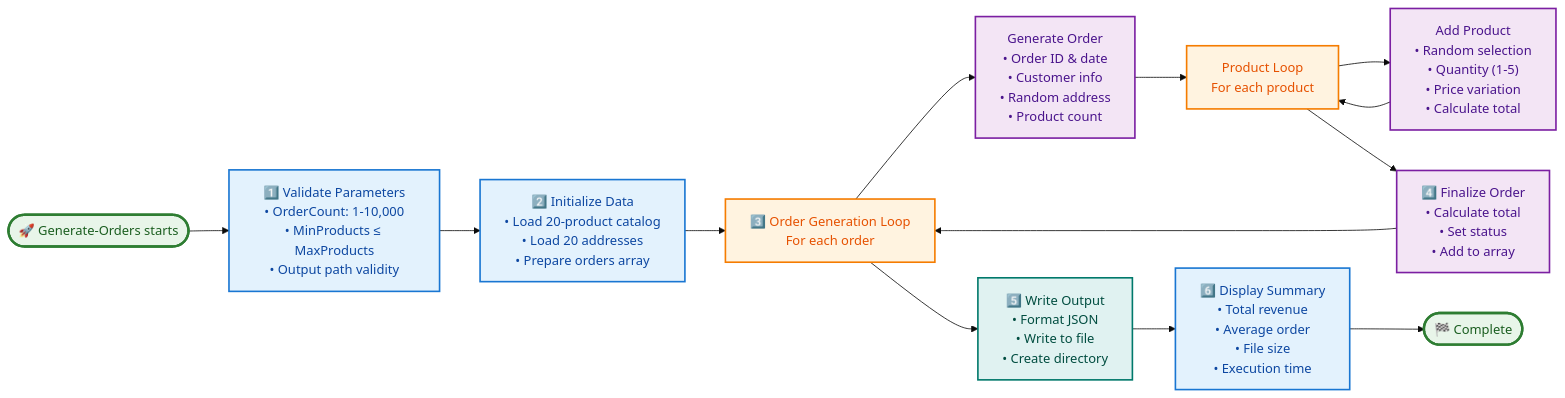
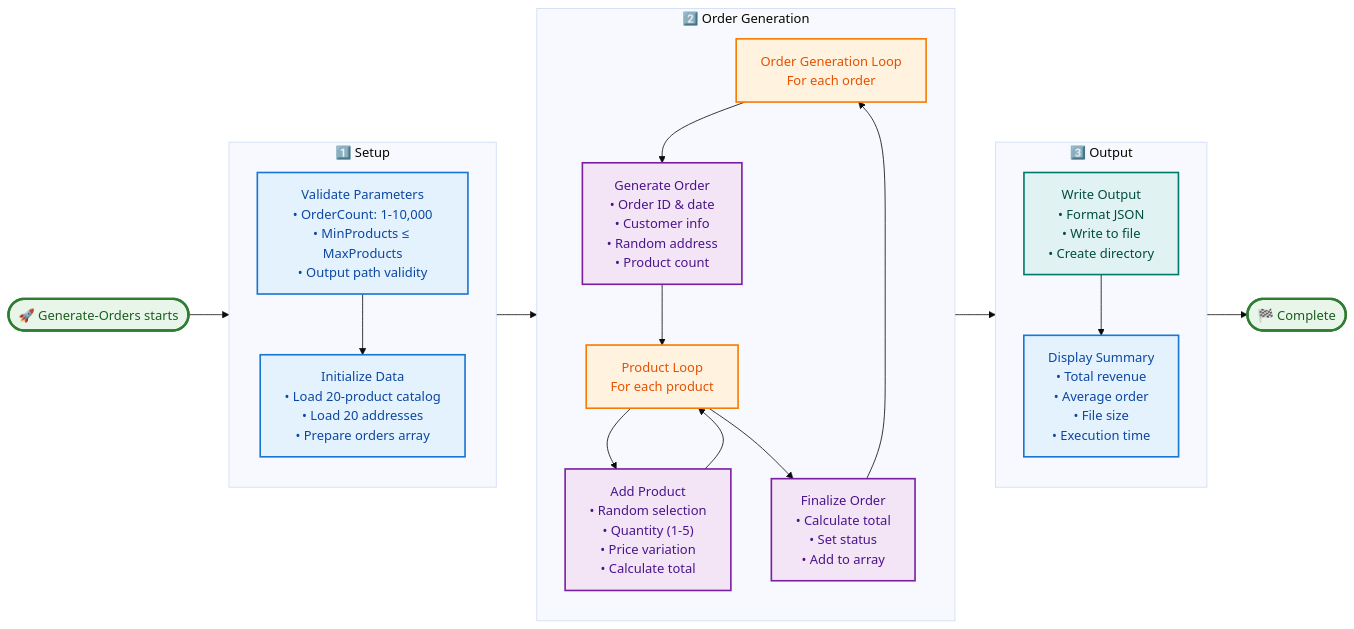
One commit to Evilazaro/Azure-LogicApps-Monitoring changed the diagram in docs/hooks/Generate-Orders.md. Above: the diagram before and after it, drawn with Mermaid (base theme). The commit also changed 4 other files, not shown here.

Commit message:
Refactor workflow diagrams in multiple documentation files for improved clarity and structure

````diff
--- a/docs/hooks/Generate-Orders.md
+++ b/docs/hooks/Generate-Orders.md
@@ -555,39 +555,53 @@
 ```mermaid
 flowchart LR
     Start(["🚀 Generate-Orders starts"])
-    Validate["1️⃣ Validate Parameters<br/>• OrderCount: 1-10,000<br/>• MinProducts ≤ MaxProducts<br/>• Output path validity"]
-    Init["2️⃣ Initialize Data<br/>• Load 20-product catalog<br/>• Load 20 addresses<br/>• Prepare orders array"]
-    OrderLoop["3️⃣ Order Generation Loop<br/>For each order"]
-    OrderGen["Generate Order<br/>• Order ID & date<br/>• Customer info<br/>• Random address<br/>• Product count"]
-    ProductLoop["Product Loop<br/>For each product"]
-    ProductGen["Add Product<br/>• Random selection<br/>• Quantity (1-5)<br/>• Price variation<br/>• Calculate total"]
-    Finalize["4️⃣ Finalize Order<br/>• Calculate total<br/>• Set status<br/>• Add to array"]
-    WriteJSON["5️⃣ Write Output<br/>• Format JSON<br/>• Write to file<br/>• Create directory"]
-    Summary["6️⃣ Display Summary<br/>• Total revenue<br/>• Average order<br/>• File size<br/>• Execution time"]
     End(["🏁 Complete"])
 
-    Start --> Validate
-    Validate --> Init
-    Init --> OrderLoop
-    OrderLoop --> OrderGen
-    OrderGen --> ProductLoop
-    ProductLoop --> ProductGen
-    ProductGen --> ProductLoop
-    ProductLoop --> Finalize
-    Finalize --> OrderLoop
-    OrderLoop --> WriteJSON
-    WriteJSON --> Summary
-    Summary --> End
+    Start --> SetupPhase
+
+    subgraph SetupPhase["1️⃣ Setup"]
+        direction TB
+        Validate["Validate Parameters<br/>• OrderCount: 1-10,000<br/>• MinProducts ≤ MaxProducts<br/>• Output path validity"]
+        Init["Initialize Data<br/>• Load 20-product catalog<br/>• Load 20 addresses<br/>• Prepare orders array"]
+        Validate --> Init
+    end
+
+    subgraph GenerationPhase["2️⃣ Order Generation"]
+        direction TB
+        OrderLoop["Order Generation Loop<br/>For each order"]
+        OrderGen["Generate Order<br/>• Order ID & date<br/>• Customer info<br/>• Random address<br/>• Product count"]
+        ProductLoop["Product Loop<br/>For each product"]
+        ProductGen["Add Product<br/>• Random selection<br/>• Quantity (1-5)<br/>• Price variation<br/>• Calculate total"]
+        Finalize["Finalize Order<br/>• Calculate total<br/>• Set status<br/>• Add to array"]
+
+        OrderLoop --> OrderGen
+        OrderGen --> ProductLoop
+        ProductLoop --> ProductGen
+        ProductGen --> ProductLoop
+        ProductLoop --> Finalize
+        Finalize --> OrderLoop
+    end
+
+    subgraph OutputPhase["3️⃣ Output"]
+        direction TB
+        WriteJSON["Write Output<br/>• Format JSON<br/>• Write to file<br/>• Create directory"]
+        Summary["Display Summary<br/>• Total revenue<br/>• Average order<br/>• File size<br/>• Execution time"]
+        WriteJSON --> Summary
+    end
+
+    SetupPhase --> GenerationPhase
+    GenerationPhase --> OutputPhase
+    OutputPhase --> End
 
     classDef startEnd fill:#e8f5e9,stroke:#2e7d32,stroke-width:3px,color:#1b5e20
     classDef process fill:#e3f2fd,stroke:#1976d2,stroke-width:2px,color:#0d47a1
     classDef loop fill:#fff3e0,stroke:#f57c00,stroke-width:2px,color:#e65100
     classDef generate fill:#f3e5f5,stroke:#7b1fa2,stroke-width:2px,color:#4a148c
     classDef output fill:#e0f2f1,stroke:#00796b,stroke-width:2px,color:#004d40
 
     class Start,End startEnd
     class Validate,Init,Summary process
     class OrderLoop,ProductLoop loop
     class OrderGen,ProductGen,Finalize generate
     class WriteJSON output
 ```
````
